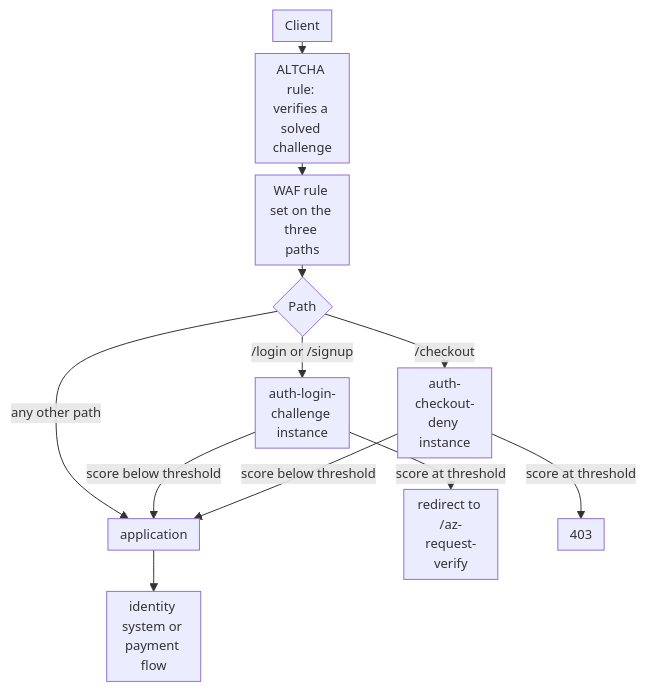
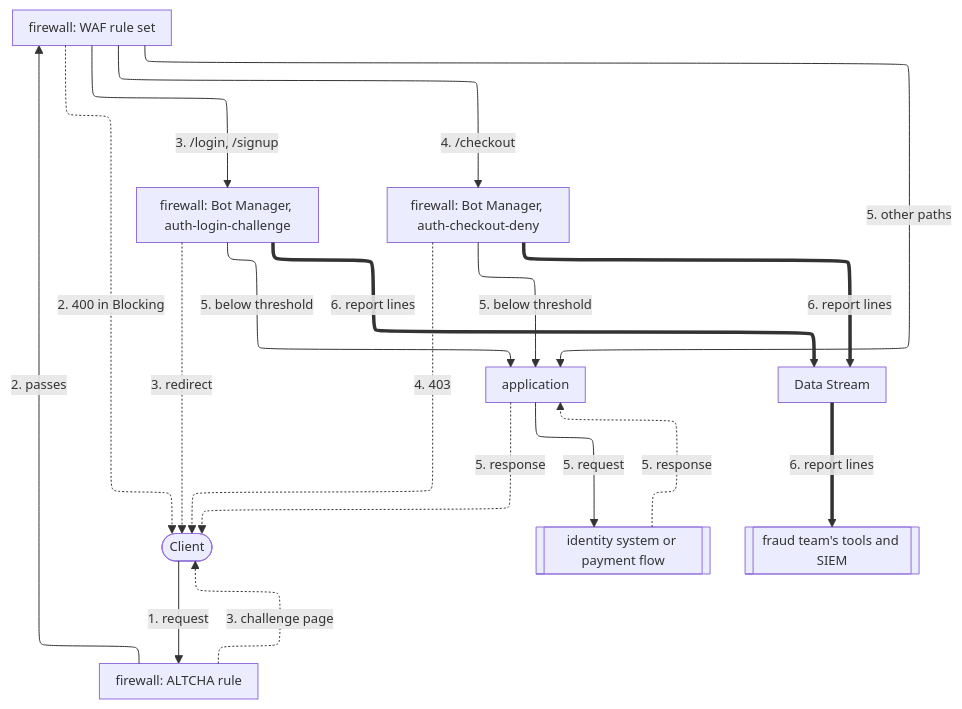
The diagram in apps/docs/src/content/docs/en/pages/architectures/edge-firewall/online-fraud-prevention.mdx (aziontech/docs), drawn with Mermaid before and after one commit. The commit also changed other lines of this file and 179 other files, not shown here.

Commit message:
docs(diagrams): redraw every other diagram in the use-case diagram style (#2513)

````diff
--- a/apps/docs/src/content/docs/en/pages/architectures/edge-firewall/online-fraud-prevention.mdx
+++ b/apps/docs/src/content/docs/en/pages/architectures/edge-firewall/online-fraud-prevention.mdx
@@ -18,15 +20,30 @@
 ```mermaid
-%%{init: {"layout": "dagre", "themeVariables": {"fontSize": "13px"}, "flowchart": {"nodeSpacing": 12, "rankSpacing": 12, "padding": 6, "wrappingWidth": 70, "minNodeWidth": 40, "useMaxWidth": true}}}%%
+%%{init: {"layout": "elk", "elk": {"cycleBreakingStrategy": "MODEL_ORDER"}, "themeVariables": {"fontSize": "13px"}, "flowchart": {"nodeSpacing": 24, "rankSpacing": 36, "padding": 8, "wrappingWidth": 150, "useMaxWidth": true}, "sequence": {"width": 120, "actorMargin": 30, "useMaxWidth": true}}}%%
 flowchart TD
-  Client["Client"] --> ALTCHA["ALTCHA rule: verifies a solved challenge"]
-  ALTCHA --> WAF["WAF rule set on the three paths"]
-  WAF --> Path{"Path"}
-  Path -->|"/login or /signup"| Login["auth-login-challenge instance"]
-  Path -->|"/checkout"| Checkout["auth-checkout-deny instance"]
-  Path -->|"any other path"| App["application"]
-  Login -->|"score below threshold"| App
-  Login -->|"score at threshold"| Verify["redirect to /az-request-verify"]
-  Checkout -->|"score below threshold"| App
-  Checkout -->|"score at threshold"| Deny["403"]
-  App --> Origin["identity system or payment flow"]
+  Client(["Client"])
+  ALTCHA["firewall: ALTCHA rule"]
+  WAF["firewall: WAF rule set"]
+  Login["firewall: Bot Manager, auth-login-challenge"]
+  Checkout["firewall: Bot Manager, auth-checkout-deny"]
+  App["application"]
+  Origin[["identity system or payment flow"]]
+  DS["Data Stream"]
+  Team[["fraud team's tools and SIEM"]]
+  Client -->|"1. request"| ALTCHA
+  ALTCHA -->|"2. passes"| WAF
+  WAF -->|"3. /login, /signup"| Login
+  WAF -->|"4. /checkout"| Checkout
+  WAF -->|"5. other paths"| App
+  Login -->|"5. below threshold"| App
+  Checkout -->|"5. below threshold"| App
+  App -->|"5. request"| Origin
+  Origin -.->|"5. response"| App
+  App -.->|"5. response"| Client
+  ALTCHA -.->|"3. challenge page"| Client
+  WAF -.->|"2. 400 in Blocking"| Client
+  Login -.->|"3. redirect"| Client
+  Checkout -.->|"4. 403"| Client
+  Login ==>|"6. report lines"| DS
+  Checkout ==>|"6. report lines"| DS
+  DS ==>|"6. report lines"| Team
 ```
````
